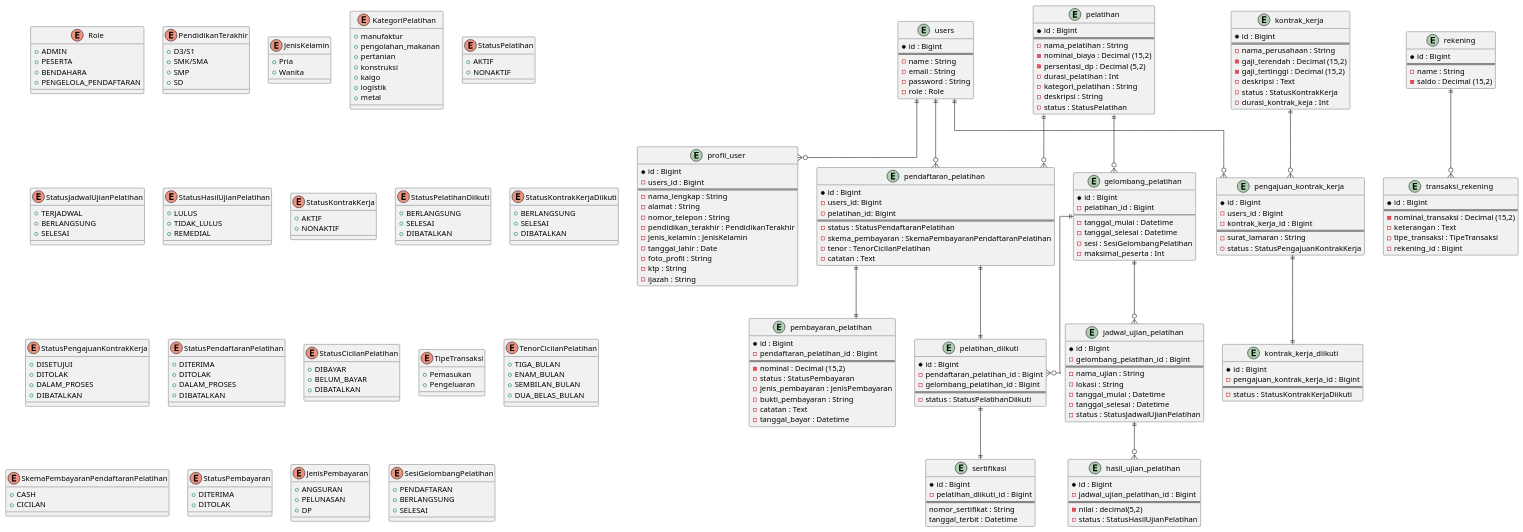
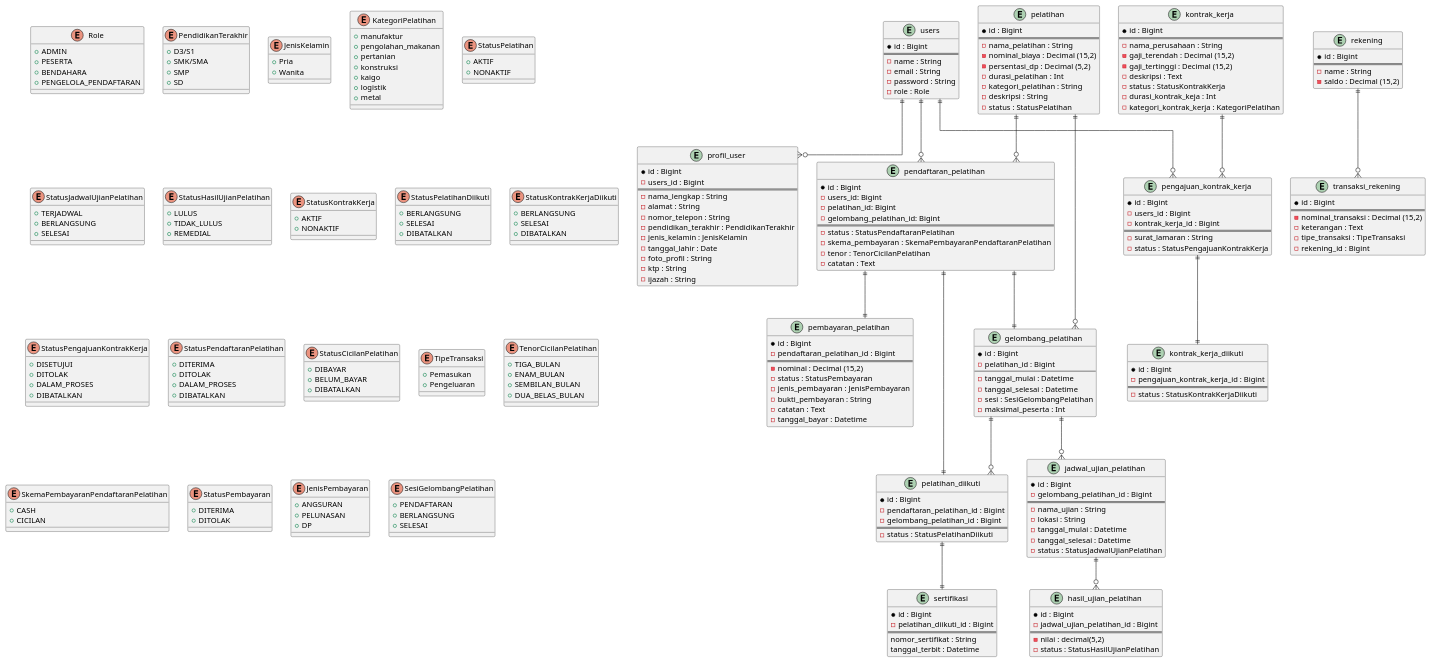
Before and after one commit to fpbismyname/emje-web: the diagram in docs/erd/emje_erd.puml, drawn with PlantUML. The commit also changed 81 other files, not shown here.

```diff
--- a/docs/erd/emje_erd.puml
+++ b/docs/erd/emje_erd.puml
@@ -193,6 +193,7 @@
     *id : Bigint
     -users_id: Bigint
     -pelatihan_id: Bigint
+    -gelombang_pelatihan_id: Bigint
     ===
     -status : StatusPendaftaranPelatihan
     -skema_pembayaran : SkemaPembayaranPendaftaranPelatihan
@@ -270,6 +271,7 @@
     -deskripsi : Text
     -status : StatusKontrakKerja
     -durasi_kontrak_keja : Int
+    -kategori_kontrak_kerja : KategoriPelatihan
 }
 
 entity kontrak_kerja_diikuti{
@@ -306,6 +308,7 @@
 ' Flow relation pelatihan
 users ||--o{ pendaftaran_pelatihan
 pendaftaran_pelatihan ||--|| pelatihan_diikuti
+pendaftaran_pelatihan ||--|| gelombang_pelatihan
 pelatihan ||--o{ pendaftaran_pelatihan
 pelatihan ||--o{ gelombang_pelatihan
 pendaftaran_pelatihan ||--|| pembayaran_pelatihan
```
